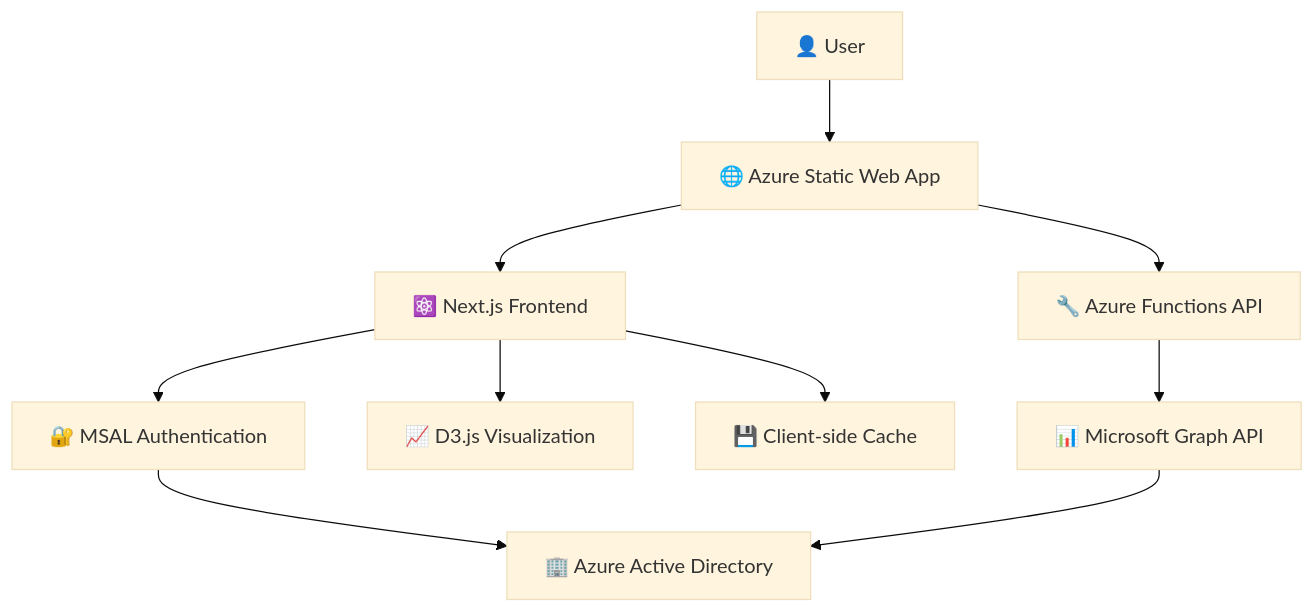
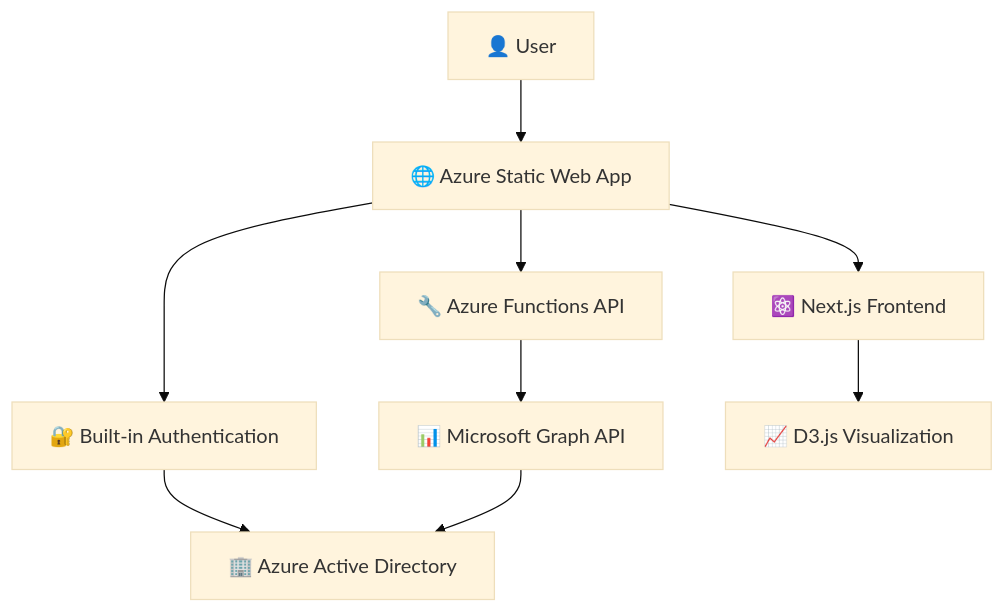
The diagram in README.md (OfirGavish/Group-Tree-Membership-Visualizer), drawn with Mermaid (base theme) before and after one commit. The commit also changed other lines of this file, not shown here.

Commit message:
Update README to reflect built-in authentication with Azure Static Web Apps

````diff
--- a/README.md
+++ b/README.md
@@ -111,15 +111,14 @@
 ```mermaid
 graph TB
     User[👤 User] --> SWA[🌐 Azure Static Web App]
     SWA --> Frontend[⚛️ Next.js Frontend]
     SWA --> API[🔧 Azure Functions API]
     
-    Frontend --> Auth[🔐 MSAL Authentication]
+    SWA --> Auth[🔐 Built-in Authentication]
     API --> Graph[📊 Microsoft Graph API]
     
     Auth --> AAD[🏢 Azure Active Directory]
     Graph --> AAD
     
     Frontend --> D3[📈 D3.js Visualization]
-    Frontend --> Cache[💾 Client-side Cache]
 ```
````
